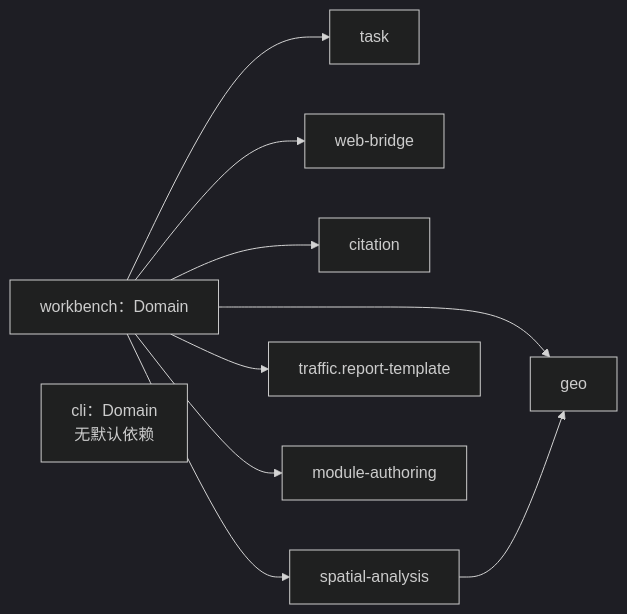
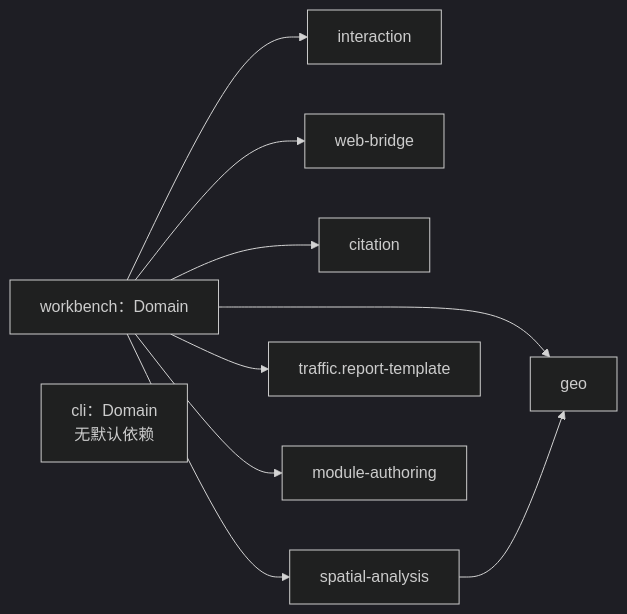
One commit to Ran2424/transportx-agent changed the third of 4 diagrams in docs/ARCHITECTURE.md. Above: the diagram before and after it, drawn with Mermaid (dark theme). The commit also changed other lines of this file and 178 other files, not shown here.

````diff
--- a/docs/ARCHITECTURE.md
+++ b/docs/ARCHITECTURE.md
@@ -239,13 +244,13 @@
 ```mermaid
 flowchart LR
   wb["workbench：Domain"]
   cliDomain["cli：Domain<br/>无默认依赖"]
-  wb --> task["task"]
+  wb --> interaction["interaction"]
   wb --> bridge["web-bridge"]
   wb --> citation["citation"]
   wb --> geo["geo"]
   wb --> spatial["spatial-analysis"]
   wb --> template["traffic.report-template"]
   wb --> author["module-authoring"]
   spatial --> geo
 ```
````
